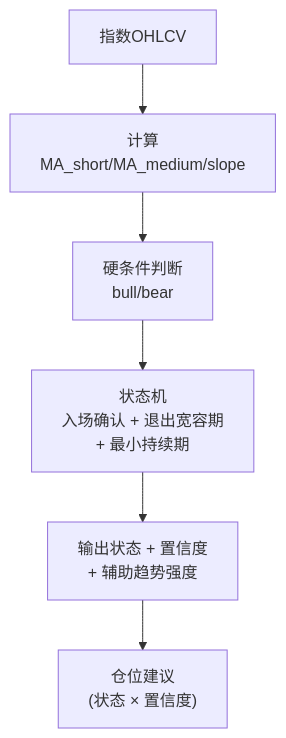
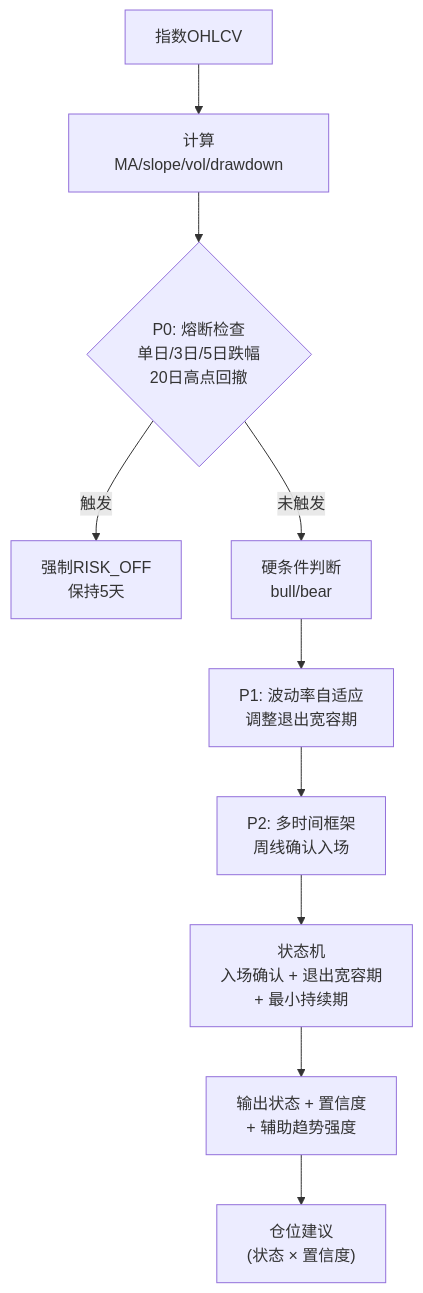
Before and after one commit to xiaoguangdong/Sage: the diagram in docs/2.2 Sage股票智能交易平台趋势状态模块设计文档.md, drawn with Mermaid. The commit also changed other lines of this file, not shown here.

````diff
--- a/docs/2.2 Sage股票智能交易平台趋势状态模块设计文档.md
+++ b/docs/2.2 Sage股票智能交易平台趋势状态模块设计文档.md
@@ -147,8 +169,12 @@
 ```mermaid
 flowchart TB
-  A["指数OHLCV"] --> B["计算MA_short/MA_medium/slope"]
-  B --> C["硬条件判断<br/>bull/bear"]
-  C --> D["状态机<br/>入场确认 + 退出宽容期<br/>+ 最小持续期"]
+  A["指数OHLCV"] --> B["计算MA/slope/vol/drawdown"]
+  B --> CB{"P0: 熔断检查<br/>单日/3日/5日跌幅<br/>20日高点回撤"}
+  CB -->|触发| R0["强制RISK_OFF<br/>保持5天"]
+  CB -->|未触发| C["硬条件判断<br/>bull/bear"]
+  C --> P1["P1: 波动率自适应<br/>调整退出宽容期"]
+  P1 --> P2["P2: 多时间框架<br/>周线确认入场"]
+  P2 --> D["状态机<br/>入场确认 + 退出宽容期<br/>+ 最小持续期"]
   D --> E["输出状态 + 置信度<br/>+ 辅助趋势强度"]
   E --> F["仓位建议<br/>(状态 × 置信度)"]
 ```
````
